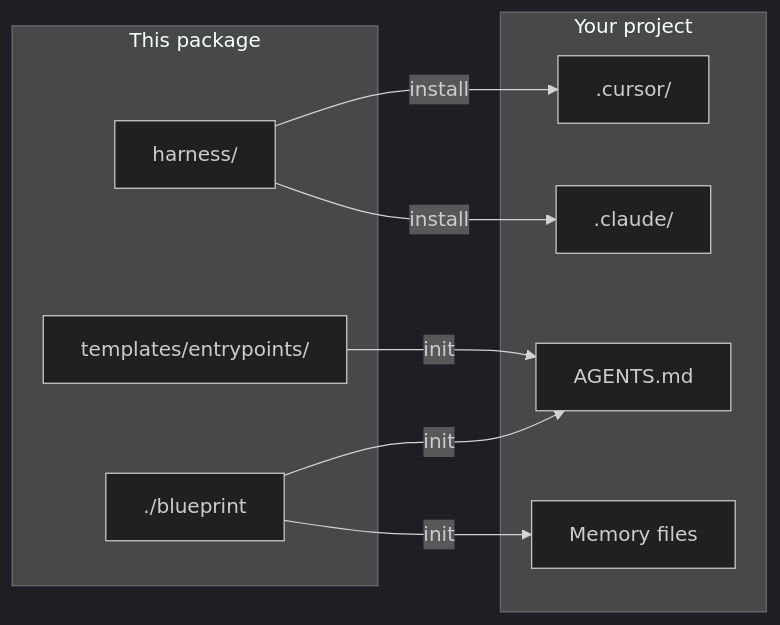
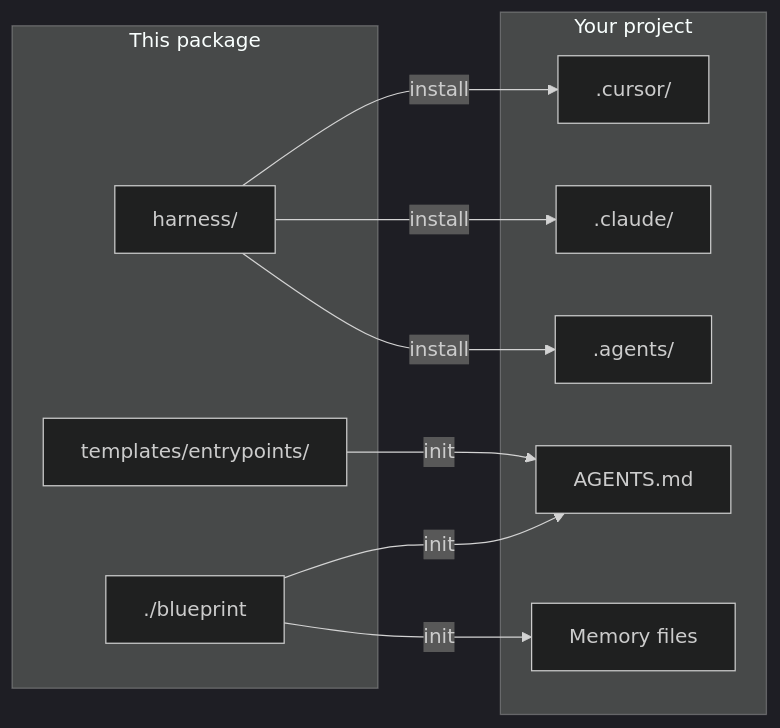
Before and after one commit to Supparerk23/agent-harness-blueprint: the diagram in README.md, drawn with Mermaid (dark theme). The commit also changed other lines of this file and 32 other files, not shown here.

````diff
--- a/README.md
+++ b/README.md
@@ -31,21 +31,23 @@
 ```mermaid
 flowchart LR
   subgraph package [This package]
     harness[harness/]
     entry[templates/entrypoints/]
     cli[./blueprint]
   end
 
   subgraph consumer [Your project]
     agents[AGENTS.md]
     cursor[".cursor/"]
     claude[".claude/"]
+    agentsRt[".agents/"]
     memory[Memory files]
   end
 
   cli -->|init| agents
   cli -->|init| memory
   entry -->|init| agents
   harness -->|install| cursor
   harness -->|install| claude
+  harness -->|install| agentsRt
 ```
````
